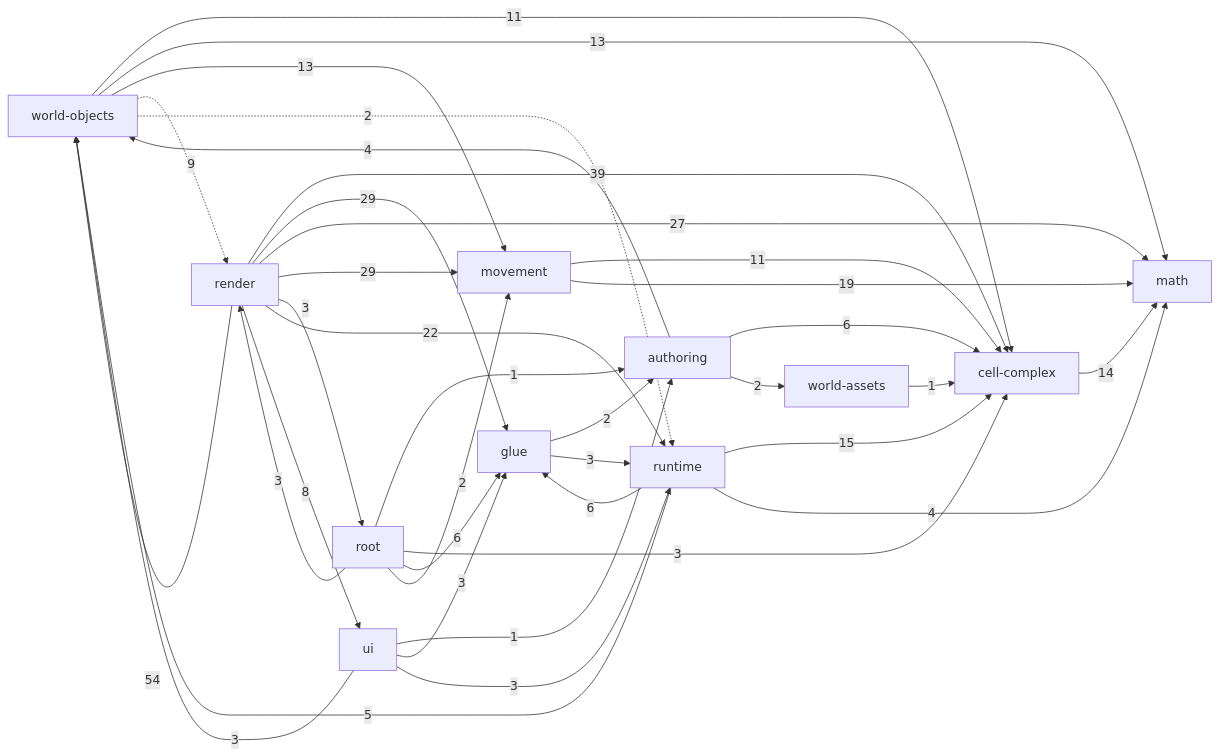
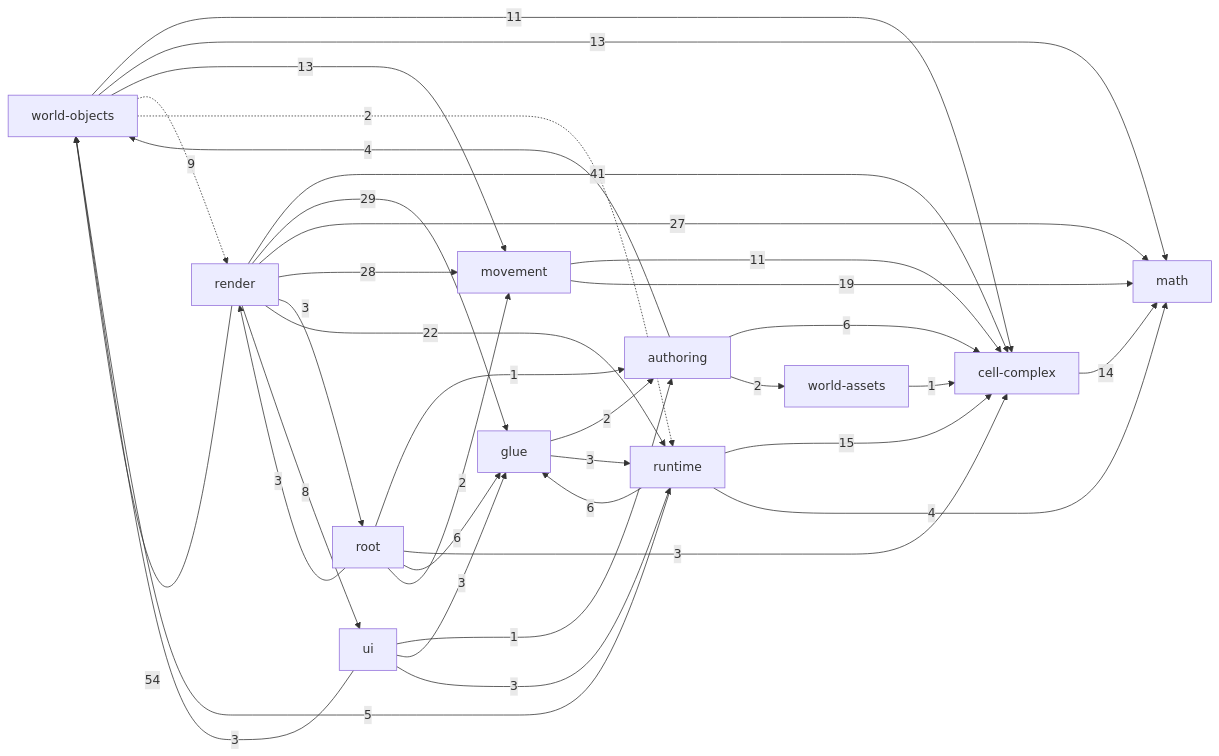
One commit to guraltsev/noneuclid-fpv changed the diagram in _docs/generated/ARCHITECTURE_REFERENCE.md. Above: the diagram before and after it, drawn with Mermaid. The commit also changed other lines of this file and 8 other files, not shown here.

````diff
--- a/_docs/generated/ARCHITECTURE_REFERENCE.md
+++ b/_docs/generated/ARCHITECTURE_REFERENCE.md
@@ -32,49 +32,49 @@
 ```mermaid
 flowchart LR
   math["math"]
   cell_complex["cell-complex"]
   movement["movement"]
   world_assets["world-assets"]
   world_objects["world-objects"]
   authoring["authoring"]
   runtime["runtime"]
   ui["ui"]
   glue["glue"]
   render["render"]
   root["root"]
   authoring -->|6| cell_complex
   authoring -->|2| world_assets
   authoring -->|4| world_objects
   cell_complex -->|14| math
   glue -->|2| authoring
   glue -->|3| runtime
   movement -->|11| cell_complex
   movement -->|19| math
-  render -->|39| cell_complex
+  render -->|41| cell_complex
   render -->|29| glue
   render -->|27| math
-  render -->|29| movement
+  render -->|28| movement
   render -->|3| root
   render -->|22| runtime
   render -->|8| ui
   render -->|54| world_objects
   root -->|1| authoring
   root -->|3| cell_complex
   root -->|6| glue
   root -->|2| movement
   root -->|3| render
   runtime -->|15| cell_complex
   runtime -->|6| glue
   runtime -->|4| math
   runtime -->|5| world_objects
   ui -->|1| authoring
   ui -->|3| glue
   ui -->|3| runtime
   ui -->|3| world_objects
   world_assets -->|1| cell_complex
   world_objects -->|11| cell_complex
   world_objects -->|13| math
   world_objects -->|13| movement
   world_objects -.->|9| render
   world_objects -.->|2| runtime
 ```
````
